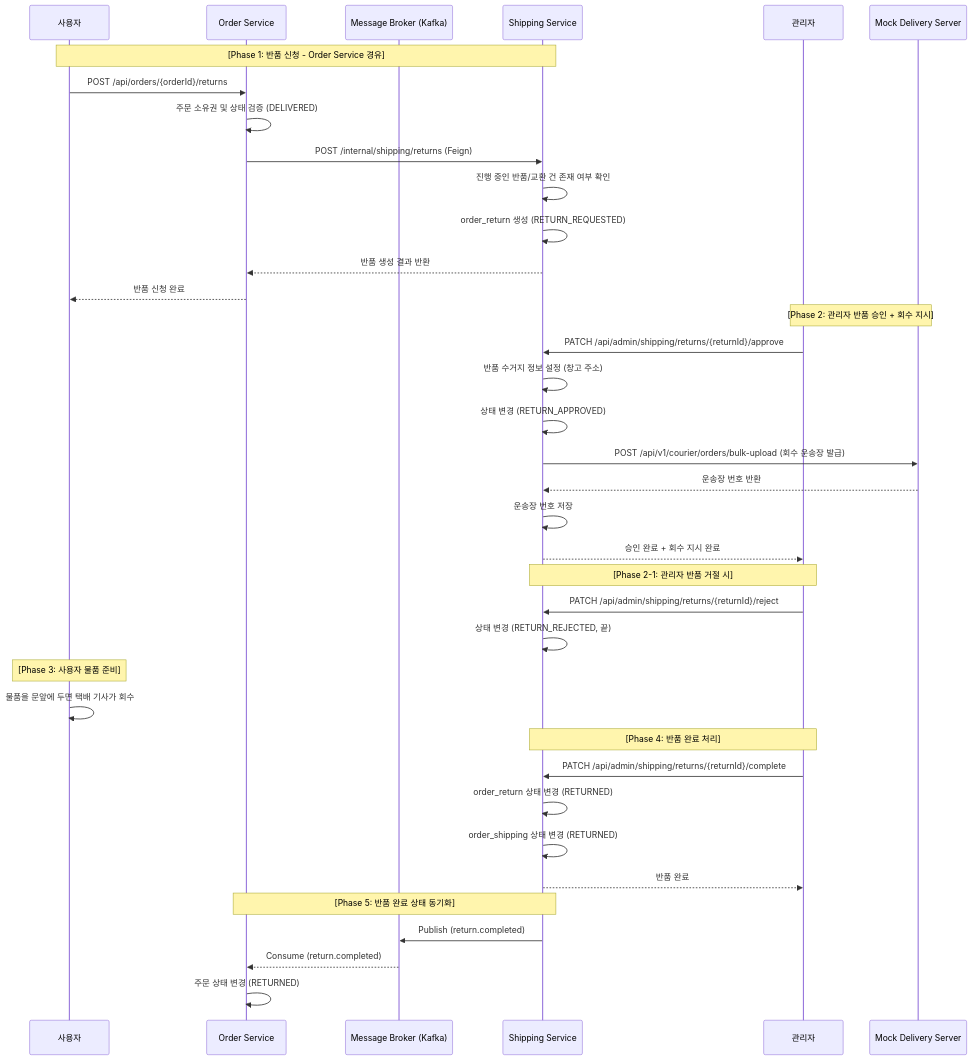
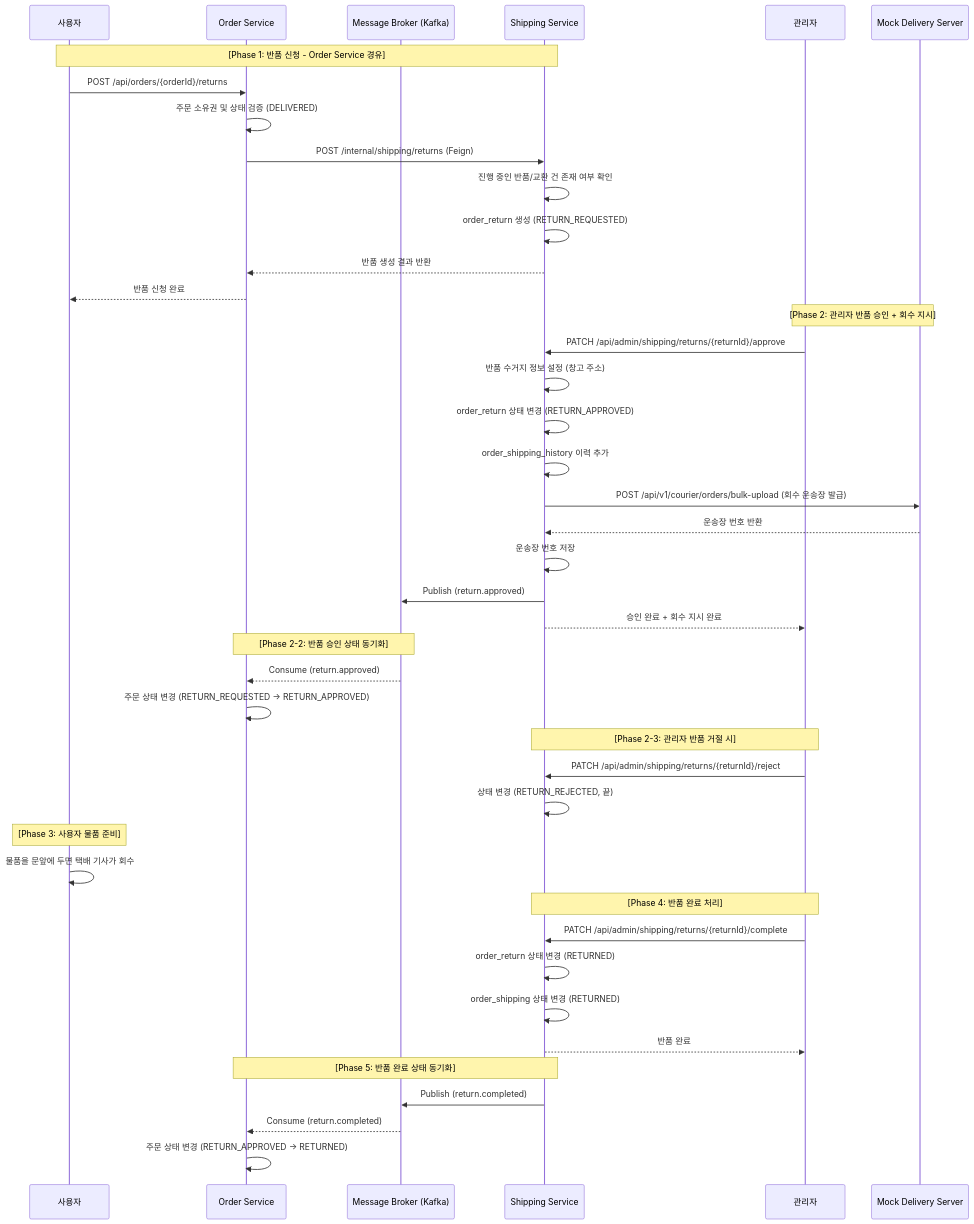
Before and after one commit to gr1993/ecommerce-msa: the third of 4 diagrams in service/shipping-service/README.md, drawn with Mermaid. The commit also changed other lines of this file and 3 other files, not shown here.

Commit message:
feat(shipping): 반품 승인 API 시 return.approved 이벤트 발행 로직 구현

````diff
--- a/service/shipping-service/README.md
+++ b/service/shipping-service/README.md
@@ -141,45 +144,51 @@
 ```mermaid
 sequenceDiagram
     participant User as 사용자
     participant Order as Order Service
     participant Broker as Message Broker (Kafka)
     participant Ship as Shipping Service
     participant Admin as 관리자
     participant Mock as Mock Delivery Server
 
     Note over User, Ship: [Phase 1: 반품 신청 - Order Service 경유]
     User->>Order: POST /api/orders/{orderId}/returns
     Order->>Order: 주문 소유권 및 상태 검증 (DELIVERED)
     Order->>Ship: POST /internal/shipping/returns (Feign)
     Ship->>Ship: 진행 중인 반품/교환 건 존재 여부 확인
     Ship->>Ship: order_return 생성 (RETURN_REQUESTED)
     Ship-->>Order: 반품 생성 결과 반환
     Order-->>User: 반품 신청 완료
 
     Note over Admin, Mock: [Phase 2: 관리자 반품 승인 + 회수 지시]
     Admin->>Ship: PATCH /api/admin/shipping/returns/{returnId}/approve
     Ship->>Ship: 반품 수거지 정보 설정 (창고 주소)
-    Ship->>Ship: 상태 변경 (RETURN_APPROVED)
+    Ship->>Ship: order_return 상태 변경 (RETURN_APPROVED)
+    Ship->>Ship: order_shipping_history 이력 추가
     Ship->>Mock: POST /api/v1/courier/orders/bulk-upload (회수 운송장 발급)
     Mock-->>Ship: 운송장 번호 반환
     Ship->>Ship: 운송장 번호 저장
+    Ship->>Broker: Publish (return.approved)
     Ship-->>Admin: 승인 완료 + 회수 지시 완료
 
-    Note over Admin, Ship: [Phase 2-1: 관리자 반품 거절 시]
+    Note over Broker, Order: [Phase 2-2: 반품 승인 상태 동기화]
+    Broker-->>Order: Consume (return.approved)
+    Order->>Order: 주문 상태 변경 (RETURN_REQUESTED → RETURN_APPROVED)
+
+    Note over Admin, Ship: [Phase 2-3: 관리자 반품 거절 시]
     Admin->>Ship: PATCH /api/admin/shipping/returns/{returnId}/reject
     Ship->>Ship: 상태 변경 (RETURN_REJECTED, 끝)
 
     Note over User: [Phase 3: 사용자 물품 준비]
     User->>User: 물품을 문앞에 두면 택배 기사가 회수
 
     Note over Admin, Ship: [Phase 4: 반품 완료 처리]
     Admin->>Ship: PATCH /api/admin/shipping/returns/{returnId}/complete
     Ship->>Ship: order_return 상태 변경 (RETURNED)
     Ship->>Ship: order_shipping 상태 변경 (RETURNED)
     Ship-->>Admin: 반품 완료
 
     Note over Ship, Order: [Phase 5: 반품 완료 상태 동기화]
     Ship->>Broker: Publish (return.completed)
     Broker-->>Order: Consume (return.completed)
-    Order->>Order: 주문 상태 변경 (RETURNED)
+    Order->>Order: 주문 상태 변경 (RETURN_APPROVED → RETURNED)
 ```
````
